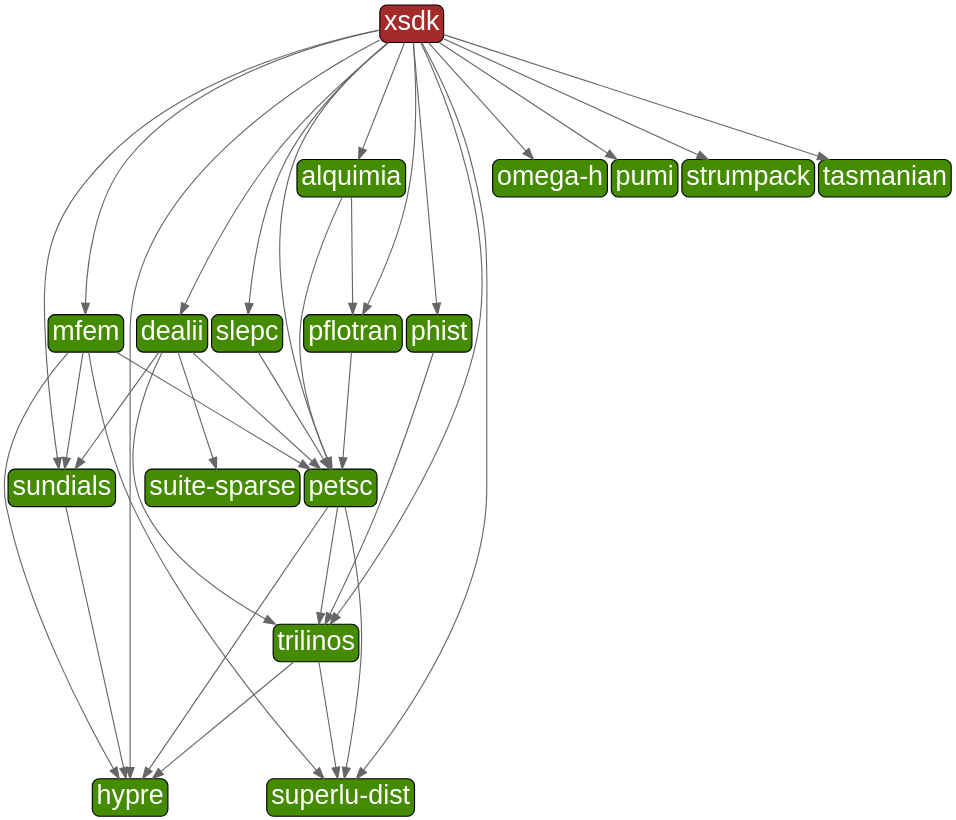
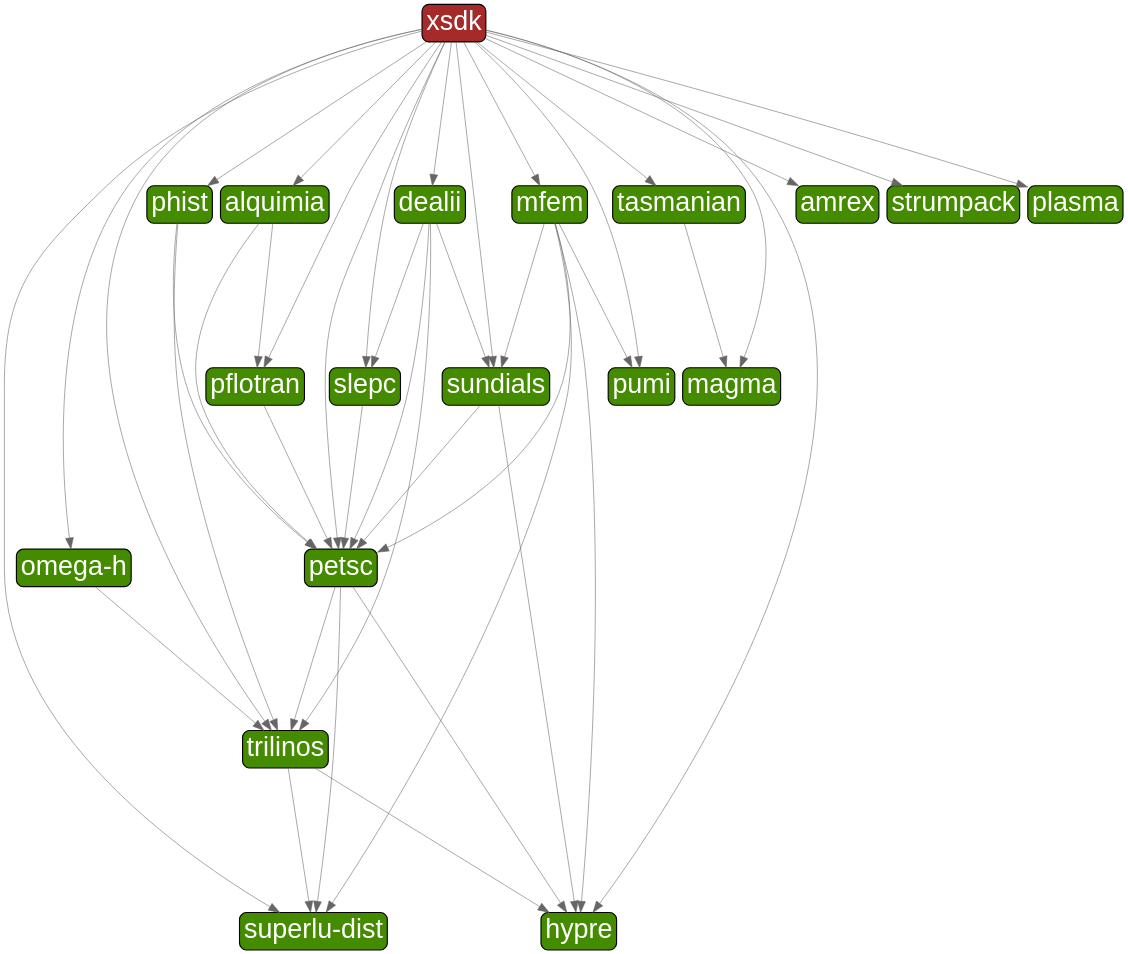
The diagram in xsdk-onlypkgs.dot (xsdk-project/xsdk-diagram), drawn with Graphviz before and after one commit. The commit also changed 8 other files, not shown here.

Commit message:
simplify xsdk diagram

```diff
--- a/xsdk-onlypkgs.dot
+++ b/xsdk-onlypkgs.dot
@@ -1,75 +1,85 @@
 digraph G {
   labelloc = "b"
   rankdir = "TB"
   ranksep = "1"
   ratio = ".9"
-  nodesep = ".1"
+  nodesep = ".2"
   bgcolor = "transparent"
 edge[
-     penwidth = "2"
+     penwidth = "1"
      color = "#666666"
      arrowsize = "2"
 ]
 node[
      fontname=Arial,
      penwidth=2,
      fontsize=48,
      margin=.1,
      shape=box,
      fillcolor=brown,
      fontcolor=white,
      style="rounded,filled"]
 
+  "phist" [label="phist", fillcolor="chartreuse4"]
+  "magma" [label="magma", fillcolor="chartreuse4"]
+  "trilinos" [label="trilinos", fillcolor="chartreuse4"]
+  "alquimia" [label="alquimia", fillcolor="chartreuse4"]
+  "amrex" [label="amrex", fillcolor="chartreuse4"]
+  "slepc" [label="slepc", fillcolor="chartreuse4"]
+  "pumi" [label="pumi", fillcolor="chartreuse4"]
+  "tasmanian" [label="tasmanian", fillcolor="chartreuse4"]
+  "strumpack" [label="strumpack", fillcolor="chartreuse4"]
+  "superlu-dist" [label="superlu-dist", fillcolor="chartreuse4"]
+  "pflotran" [label="pflotran", fillcolor="chartreuse4"]
+  "mfem" [label="mfem", fillcolor="chartreuse4"]
+  "sundials" [label="sundials", fillcolor="chartreuse4"]
+  "omega-h" [label="omega-h", fillcolor="chartreuse4"]
   "xsdk" [label="xsdk"]
-  "alquimia" [label="alquimia"] [fillcolor="chartreuse4"]
-  "petsc" [label="petsc"] [fillcolor="chartreuse4"]
-  "hypre" [label="hypre"] [fillcolor="chartreuse4"]
-  "superlu-dist" [label="superlu-dist"] [fillcolor="chartreuse4"]
-  "trilinos" [label="trilinos"] [fillcolor="chartreuse4"]
-  "pflotran" [label="pflotran"] [fillcolor="chartreuse4"]
-  "dealii" [label="dealii"] [fillcolor="chartreuse4"]
-  "suite-sparse" [label="suite-sparse"] [fillcolor="chartreuse4"]
-  "sundials" [label="sundials"] [fillcolor="chartreuse4"]
-  "mfem" [label="mfem"] [fillcolor="chartreuse4"]
-  "omega-h" [label="omega-h"] [fillcolor="chartreuse4"]
-  "phist" [label="phist"] [fillcolor="chartreuse4"]
-  "pumi" [label="pumi"] [fillcolor="chartreuse4"]
-  "slepc" [label="slepc"] [fillcolor="chartreuse4"]
-  "strumpack" [label="strumpack"] [fillcolor="chartreuse4"]
-  "tasmanian" [label="tasmanian"] [fillcolor="chartreuse4"]
+  "petsc" [label="petsc", fillcolor="chartreuse4"]
+  "dealii" [label="dealii", fillcolor="chartreuse4"]
+  "hypre" [label="hypre", fillcolor="chartreuse4"]
+  "plasma" [label="plasma", fillcolor="chartreuse4"]
 
+  "tasmanian" -> "magma"
   "xsdk" -> "mfem"
+  "mfem" -> "superlu-dist"
+  "mfem" -> "petsc"
+  "slepc" -> "petsc"
+  "xsdk" -> "plasma"
+  "petsc" -> "hypre"
+  "trilinos" -> "hypre"
   "phist" -> "trilinos"
+  "dealii" -> "trilinos"
+  "xsdk" -> "magma"
+  "alquimia" -> "pflotran"
+  "xsdk" -> "superlu-dist"
+  "xsdk" -> "pflotran"
+  "xsdk" -> "pumi"
+  "mfem" -> "sundials"
+  "xsdk" -> "trilinos"
+  "alquimia" -> "petsc"
+  "xsdk" -> "petsc"
+  "xsdk" -> "strumpack"
+  "omega-h" -> "trilinos"
+  "petsc" -> "superlu-dist"
+  "xsdk" -> "alquimia"
+  "sundials" -> "petsc"
+  "mfem" -> "hypre"
+  "phist" -> "petsc"
+  "mfem" -> "pumi"
+  "xsdk" -> "amrex"
+  "dealii" -> "petsc"
+  "petsc" -> "trilinos"
+  "xsdk" -> "dealii"
+  "xsdk" -> "phist"
+  "xsdk" -> "sundials"
   "xsdk" -> "omega-h"
+  "xsdk" -> "hypre"
+  "dealii" -> "slepc"
+  "xsdk" -> "tasmanian"
   "dealii" -> "sundials"
-  "mfem" -> "petsc"
-  "mfem" -> "sundials"
-  "xsdk" -> "phist"
-  "xsdk" -> "alquimia"
+  "sundials" -> "hypre"
   "pflotran" -> "petsc"
-  "alquimia" -> "pflotran"
-  "dealii" -> "suite-sparse"
   "xsdk" -> "slepc"
-  "xsdk" -> "trilinos"
-  "xsdk" -> "sundials"
-  "dealii" -> "petsc"
-  "petsc" -> "hypre"
-  "xsdk" -> "petsc"
-  "dealii" -> "trilinos"
-  "xsdk" -> "dealii"
-  "xsdk" -> "strumpack"
-  "xsdk" -> "hypre"
-  "alquimia" -> "petsc"
   "trilinos" -> "superlu-dist"
-  "mfem" -> "hypre"
-  "petsc" -> "trilinos"
-  "slepc" -> "petsc"
-  "xsdk" -> "superlu-dist"
-  "mfem" -> "superlu-dist"
-  "sundials" -> "hypre"
-  "trilinos" -> "hypre"
-  "xsdk" -> "pflotran"
-  "xsdk" -> "tasmanian"
-  "petsc" -> "superlu-dist"
-  "xsdk" -> "pumi"
 }
```
